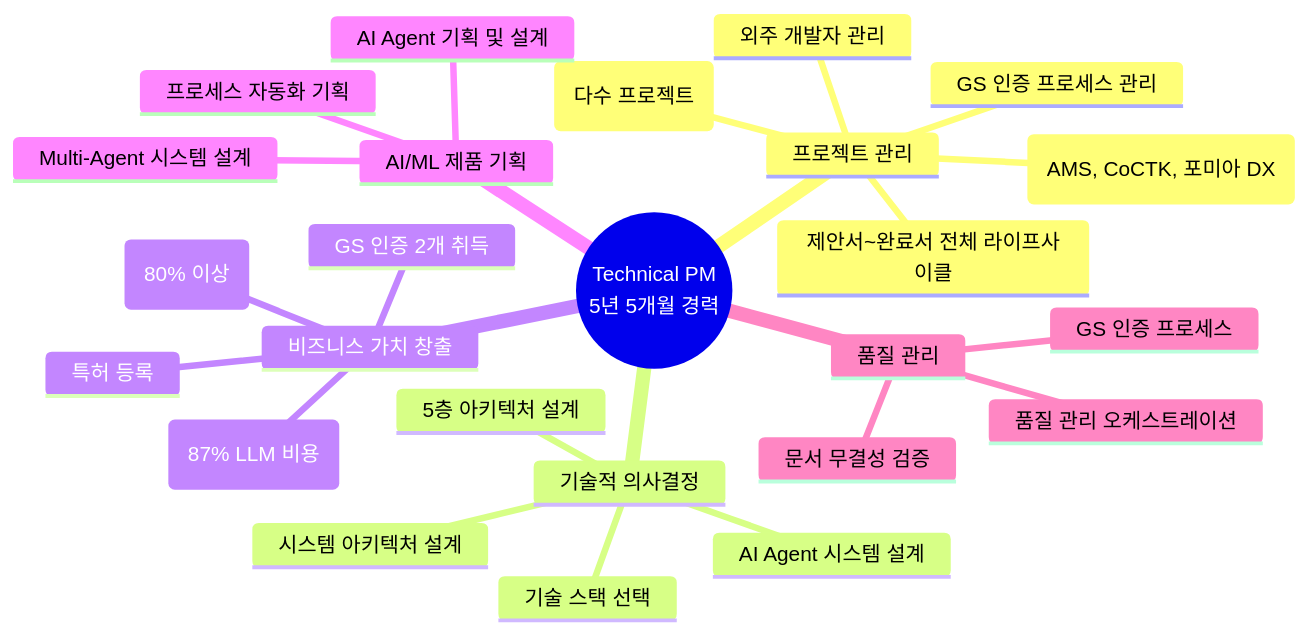
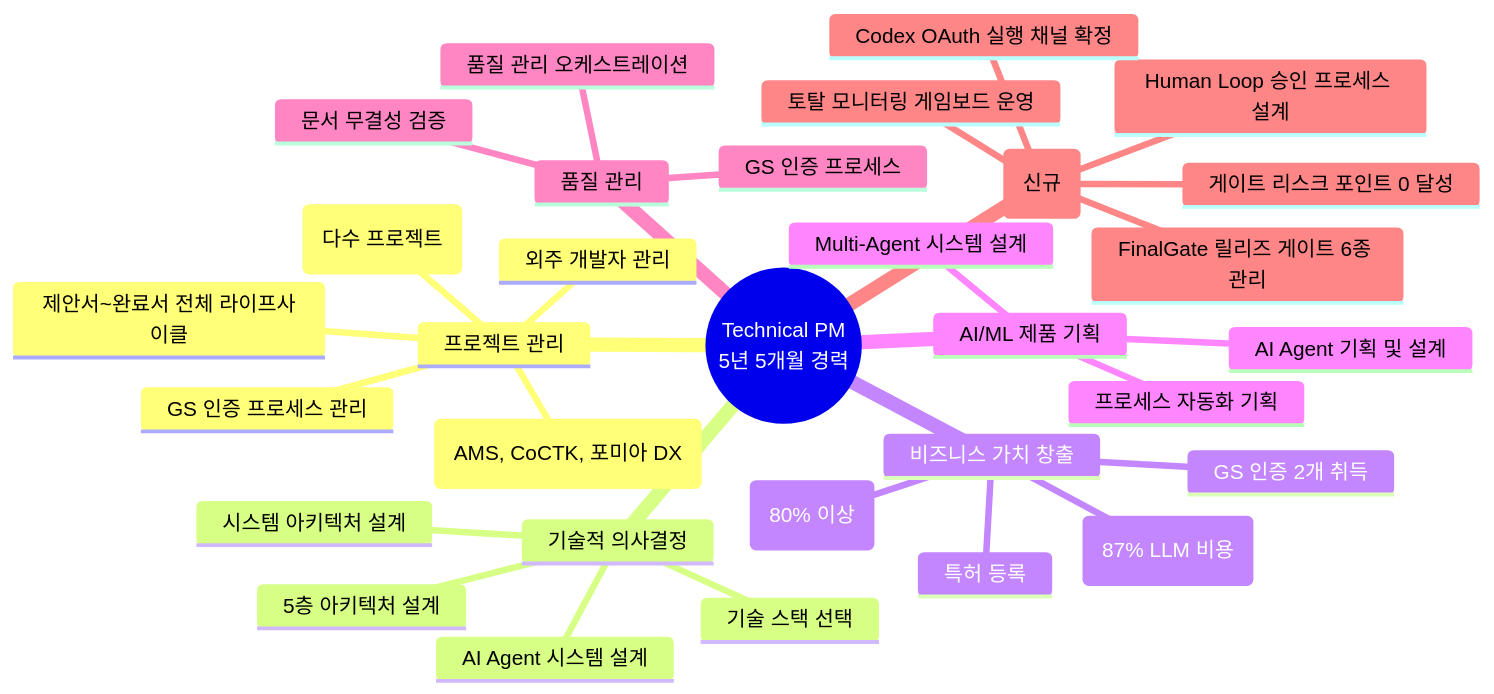
The second of 4 diagrams in portfolio/portfolio_docs/resume_generator/assets/일반공개/권순룡_이력서_일반공개_Technical_PM.md (moobaek/Testing_AI_agents_for_public_use), drawn with Mermaid before and after one commit. The commit also changed other lines of this file and 14 other files, not shown here.

````diff
--- a/portfolio/portfolio_docs/resume_generator/assets/일반공개/권순룡_이력서_일반공개_Technical_PM.md
+++ b/portfolio/portfolio_docs/resume_generator/assets/일반공개/권순룡_이력서_일반공개_Technical_PM.md
@@ -62,28 +67,34 @@
 ```mermaid
 mindmap
   root((Technical PM<br/>5년 5개월 경력))
     프로젝트 관리
       총괄 PM (AMS, CoCTK, 포미아 DX)
       기술 PM (다수 프로젝트)
       제안서~완료서 전체 라이프사이클
       외주 개발자 관리
       GS 인증 프로세스 관리
     기술적 의사결정
       AI Agent 시스템 설계
       시스템 아키텍처 설계
       5층 아키텍처 설계
       기술 스택 선택
     비즈니스 가치 창출
       시간 절감 (80% 이상)
       비용 절감 (87% LLM 비용)
       GS 인증 2개 취득
       특허 등록
     AI/ML 제품 기획
       AI Agent 기획 및 설계
       Multi-Agent 시스템 설계
       프로세스 자동화 기획
     품질 관리
       GS 인증 프로세스
       품질 관리 오케스트레이션
       문서 무결성 검증
+    v9.0 릴리즈 관리 (신규)
+      FinalGate 릴리즈 게이트 6종 관리
+      Human Loop 승인 프로세스 설계
+      토탈 모니터링 게임보드 운영
+      게이트 리스크 포인트 0 달성
+      Codex OAuth 실행 채널 확정
 ```
````
